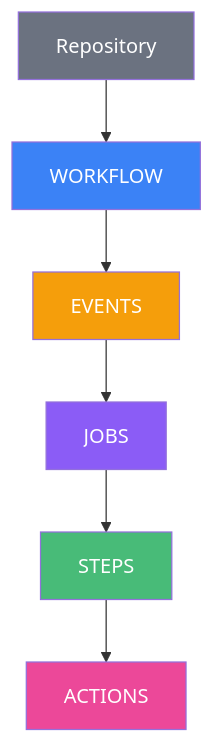
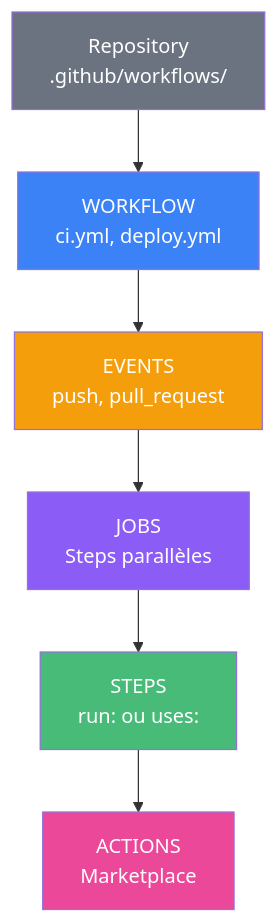
The third of 3 diagrams in slides/05-cicd-github-actions.md (Foreach-Academy-France/formation-devops-initiation), drawn with Mermaid before and after one commit. The commit also changed other lines of this file, not shown here.

First line of the commit message:
🐛 fix(slides): use correct <br> syntax for Mermaid multi-line labels

```diff
--- a/slides/05-cicd-github-actions.md
+++ b/slides/05-cicd-github-actions.md
@@ -275,15 +275,15 @@
 <div class="mermaid">
 flowchart TD
-    A[Repository] --> B[WORKFLOW]
-    B --> C[EVENTS]
-    C --> D[JOBS]
-    D --> E[STEPS]
-    E --> F[ACTIONS]
+    A["Repository<br>.github/workflows/"] --> B["WORKFLOW<br>ci.yml, deploy.yml"]
+    B --> C["EVENTS<br>push, pull_request"]
+    C --> D["JOBS<br>Steps parallèles"]
+    D --> E["STEPS<br>run: ou uses:"]
+    E --> F["ACTIONS<br>Marketplace"]
 
     style A fill:#6b7280,color:#fff
     style B fill:#3b82f6,color:#fff
     style C fill:#f59e0b,color:#fff
     style D fill:#8b5cf6,color:#fff
     style E fill:#48bb78,color:#fff
     style F fill:#ec4899,color:#fff
 </div>
```
